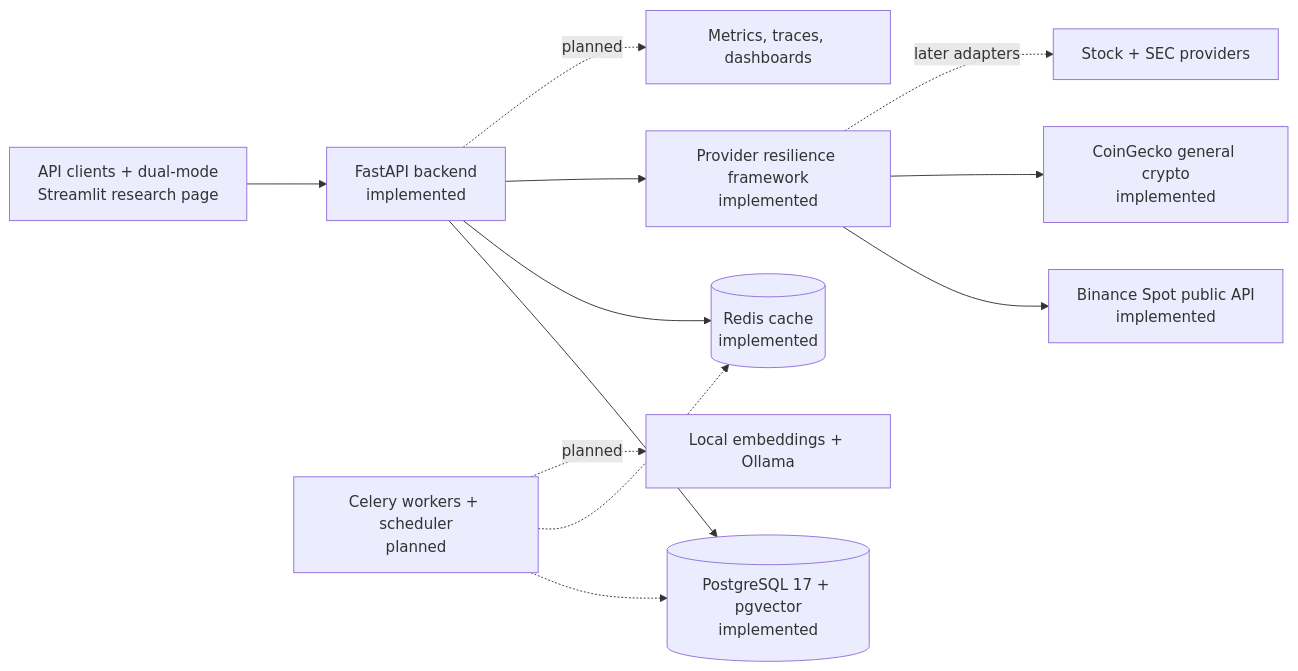
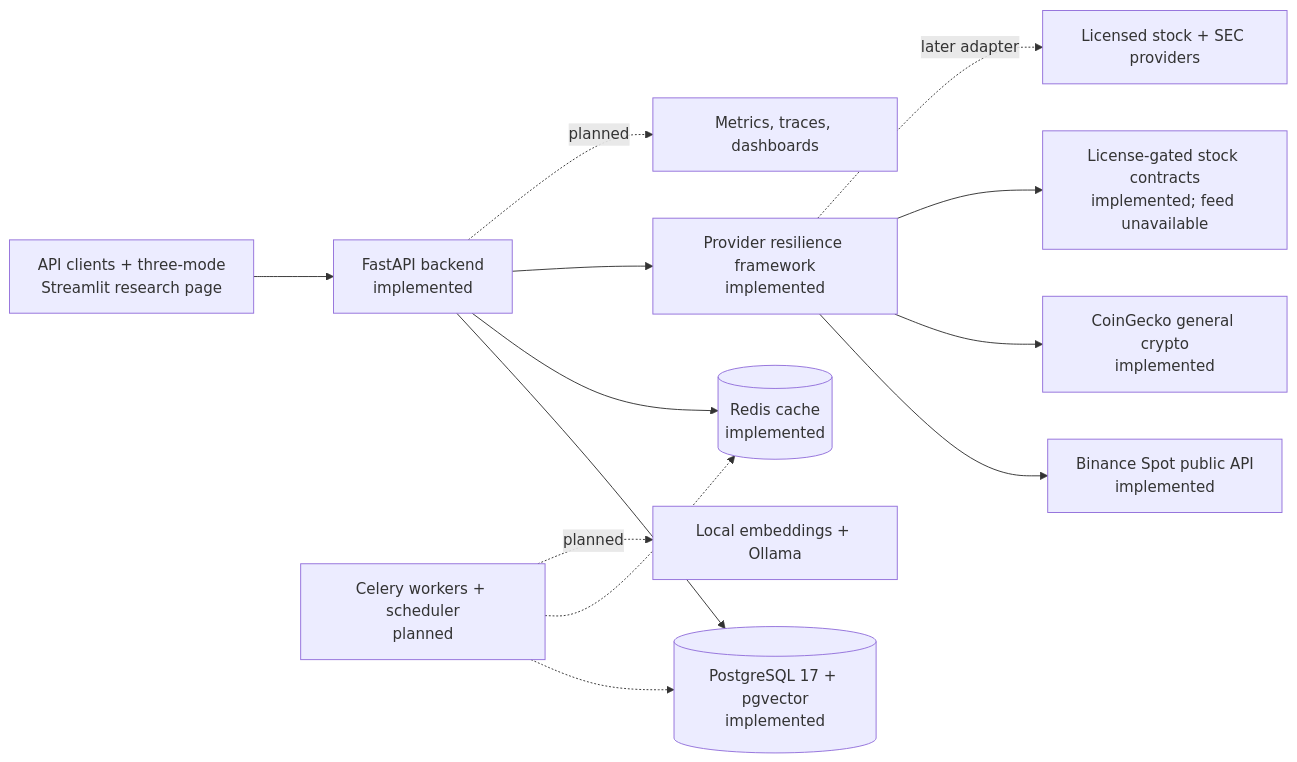
The diagram in README.md (moazsarwar2004/ai-investment-research-copilot), drawn with Mermaid before and after one commit. The commit also changed other lines of this file and 24 other files, not shown here.

Commit message:
feat: complete phase 7 exchange-neutral stock research

````diff
--- a/README.md
+++ b/README.md
@@ -66,14 +67,15 @@
 ```mermaid
 flowchart LR
-    Client["API clients + dual-mode<br/>Streamlit research page"] --> API["FastAPI backend<br/>implemented"]
+    Client["API clients + three-mode<br/>Streamlit research page"] --> API["FastAPI backend<br/>implemented"]
     API --> PostgreSQL[("PostgreSQL 17 + pgvector<br/>implemented")]
     API --> Redis[("Redis cache<br/>implemented")]
     API --> ProviderFramework["Provider resilience framework<br/>implemented"]
     ProviderFramework --> Binance["Binance Spot public API<br/>implemented"]
     ProviderFramework --> CoinGecko["CoinGecko general crypto<br/>implemented"]
-    ProviderFramework -. "later adapters" .-> Providers["Stock + SEC providers"]
+    ProviderFramework --> StockContracts["License-gated stock contracts<br/>implemented; feed unavailable"]
+    ProviderFramework -. "later adapter" .-> Providers["Licensed stock + SEC providers"]
     Workers["Celery workers + scheduler<br/>planned"] -.-> PostgreSQL
     Workers -.-> Redis
     Workers -. "planned" .-> Ollama["Local embeddings + Ollama"]
     API -. "planned" .-> Observability["Metrics, traces, dashboards"]
 ```
````
